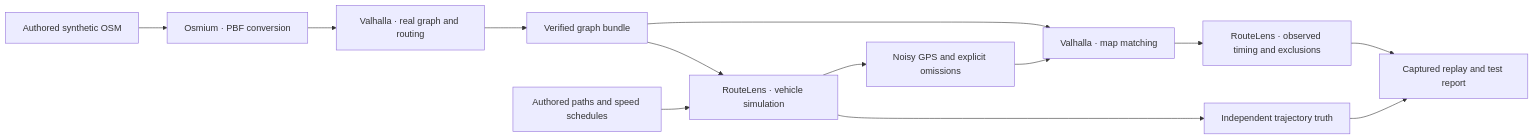
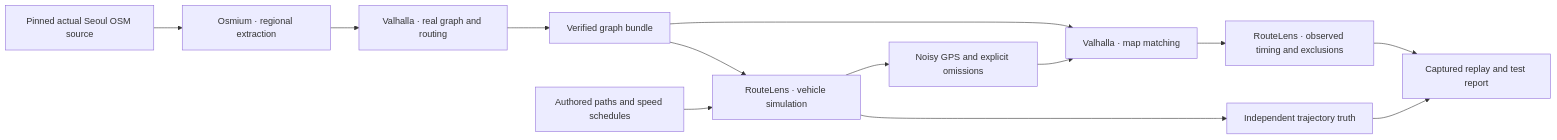
One commit to dicebattle/roadmesh changed the diagram in README.md. Above: the diagram before and after it, drawn with Mermaid. The commit also changed other lines of this file and 33 other files, not shown here.

````diff
--- a/README.md
+++ b/README.md
@@ -65,15 +67,15 @@
 ```mermaid
 flowchart LR
-  F[Authored synthetic OSM] --> O[Osmium · PBF conversion]
+  F[Pinned actual Seoul OSM source] --> O[Osmium · regional extraction]
   O --> V[Valhalla · real graph and routing]
   V --> G[Verified graph bundle]
   S[Authored paths and speed schedules] --> P[RouteLens · vehicle simulation]
   G --> P
   P --> T[Independent trajectory truth]
   P --> N[Noisy GPS and explicit omissions]
   T --> R[Captured replay and test report]
   G --> M[Valhalla · map matching]
   N --> M
   M --> A[RouteLens · observed timing and exclusions]
   A --> R
 ```
````
